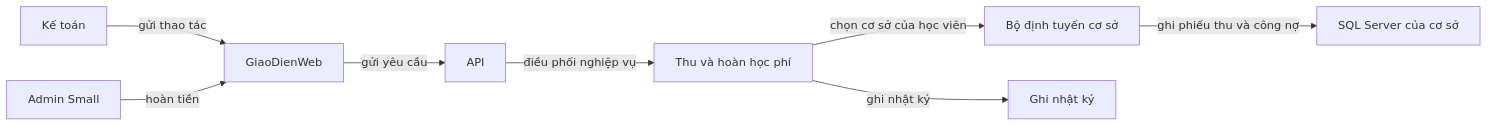
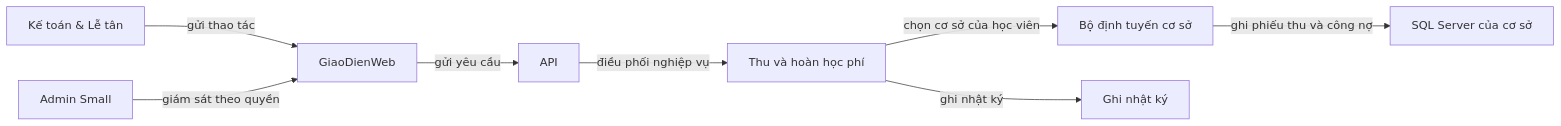
Before and after one commit to Quochieu2005/language-center-management: the tenth of 23 diagrams in README.md, drawn with Mermaid. The commit also changed other lines of this file and 9 other files, not shown here.

````diff
--- a/README.md
+++ b/README.md
@@ -341,10 +344,10 @@
 ```mermaid
 flowchart LR
-    KeToan["Kế toán"] -->|gửi thao tác| GiaoDienWeb["GiaoDienWeb"]
+    KeToan["Kế toán & Lễ tân"] -->|gửi thao tác| GiaoDienWeb["GiaoDienWeb"]
     GiaoDienWeb["GiaoDienWeb"] -->|gửi yêu cầu| API["API"]
     API["API"] -->|điều phối nghiệp vụ| ThuHoanHocPhi["Thu và hoàn học phí"]
     ThuHoanHocPhi["Thu và hoàn học phí"] -->|chọn cơ sở của học viên| SiteRouter["Bộ định tuyến cơ sở"]
     SiteRouter["Bộ định tuyến cơ sở"] -->|ghi phiếu thu và công nợ| SQLServer_CSDL_Site["SQL Server của cơ sở"]
-    Admin_Small["Admin Small"] -->|hoàn tiền| GiaoDienWeb["GiaoDienWeb"]
+    Admin_Small["Admin Small"] -->|giám sát theo quyền| GiaoDienWeb["GiaoDienWeb"]
     ThuHoanHocPhi["Thu và hoàn học phí"] -->|ghi nhật ký| GhiNhatKy["Ghi nhật ký"]
 ```
````
